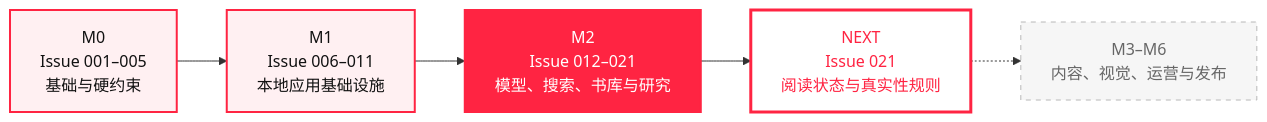
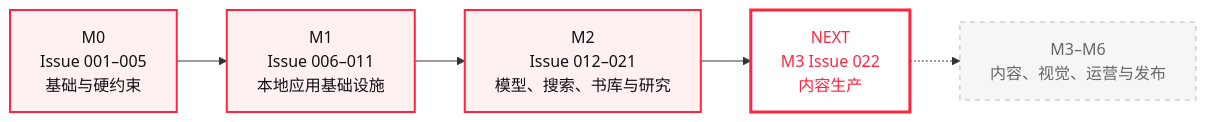
One commit to KAtOReNA7/Rednote-Automated-Operation-Tool changed the first of 2 diagrams in README.md. Above: the diagram before and after it, drawn with Mermaid. The commit also changed other lines of this file and 76 other files, not shown here.

````diff
--- a/README.md
+++ b/README.md
@@ -55,17 +57,16 @@
 ```mermaid
 flowchart LR
     M0["M0<br/>Issue 001–005<br/>基础与硬约束"] --> M1["M1<br/>Issue 006–011<br/>本地应用基础设施"]
     M1 --> M2["M2<br/>Issue 012–021<br/>模型、搜索、书库与研究"]
-    M2 --> NEXT["NEXT<br/>Issue 021<br/>阅读状态与真实性规则"]
+    M2 --> NEXT["NEXT<br/>M3 Issue 022<br/>内容生产"]
     NEXT -.-> FUTURE["M3–M6<br/>内容、视觉、运营与发布"]
 
     classDef done fill:#fff0f2,stroke:#ff2442,color:#111,stroke-width:2px;
     classDef active fill:#ff2442,stroke:#ff2442,color:#fff,stroke-width:2px;
     classDef next fill:#fff,stroke:#ff2442,color:#ff2442,stroke-width:3px;
     classDef future fill:#f6f6f6,stroke:#b8b8b8,color:#666,stroke-dasharray:5 5;
 
-    class M0,M1 done;
-    class M2 active;
+    class M0,M1,M2 done;
     class NEXT next;
     class FUTURE future;
 ```
````
